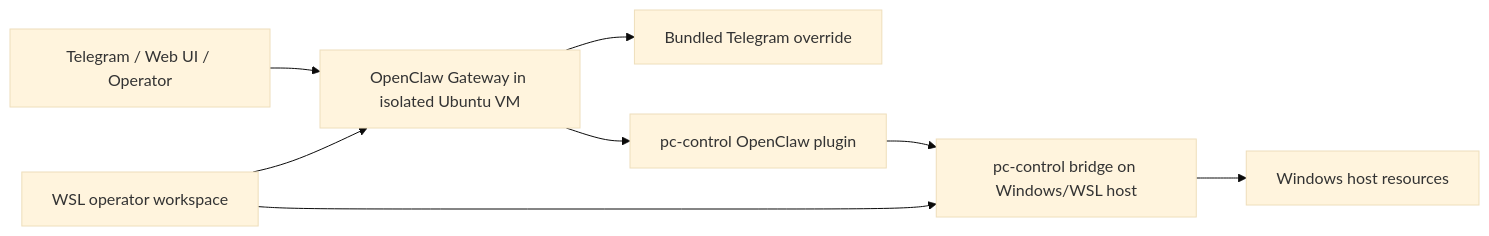
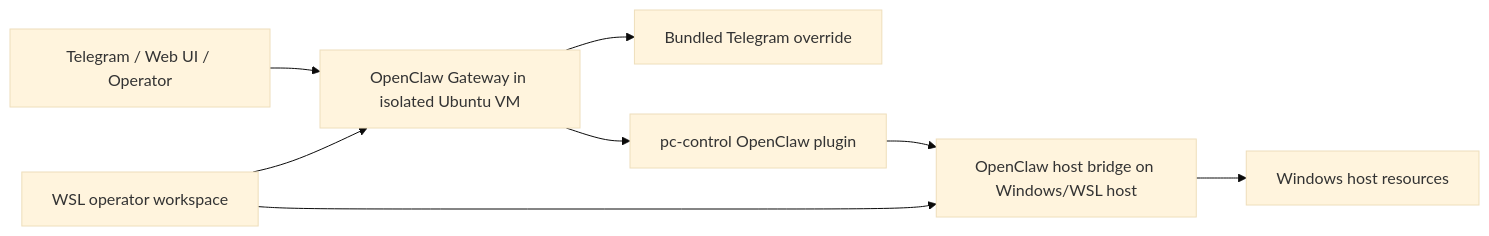
Before and after one commit to mfshaf7/openclaw-isolated-deployment: the diagram in README.md, drawn with Mermaid (base theme). The commit also changed other lines of this file and 16 other files, not shown here.

Commit message:
docs: rename bridge references to openclaw-host-bridge

````diff
--- a/README.md
+++ b/README.md
@@ -101,10 +101,10 @@
 ```mermaid
 flowchart LR
     User[Telegram / Web UI / Operator] --> Gateway[OpenClaw Gateway in isolated Ubuntu VM]
     Gateway --> TG[Bundled Telegram override]
     Gateway --> PCP[pc-control OpenClaw plugin]
-    PCP --> Bridge[pc-control bridge on Windows/WSL host]
+    PCP --> Bridge[OpenClaw host bridge on Windows/WSL host]
     Bridge --> Host[Windows host resources]
     Operator[WSL operator workspace] --> Gateway
     Operator --> Bridge
 ```
````
